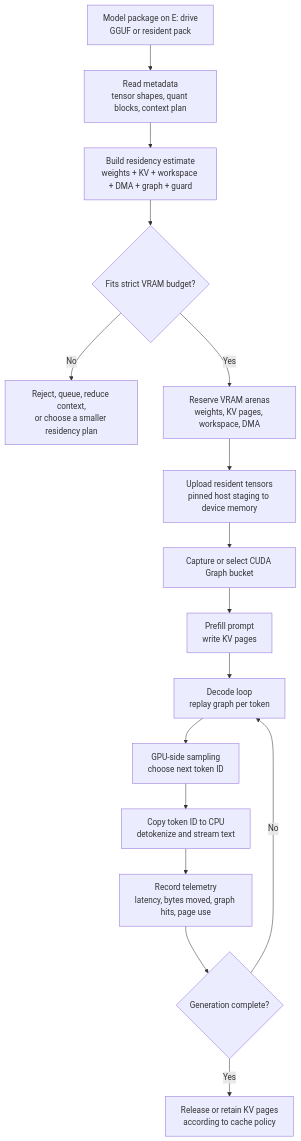
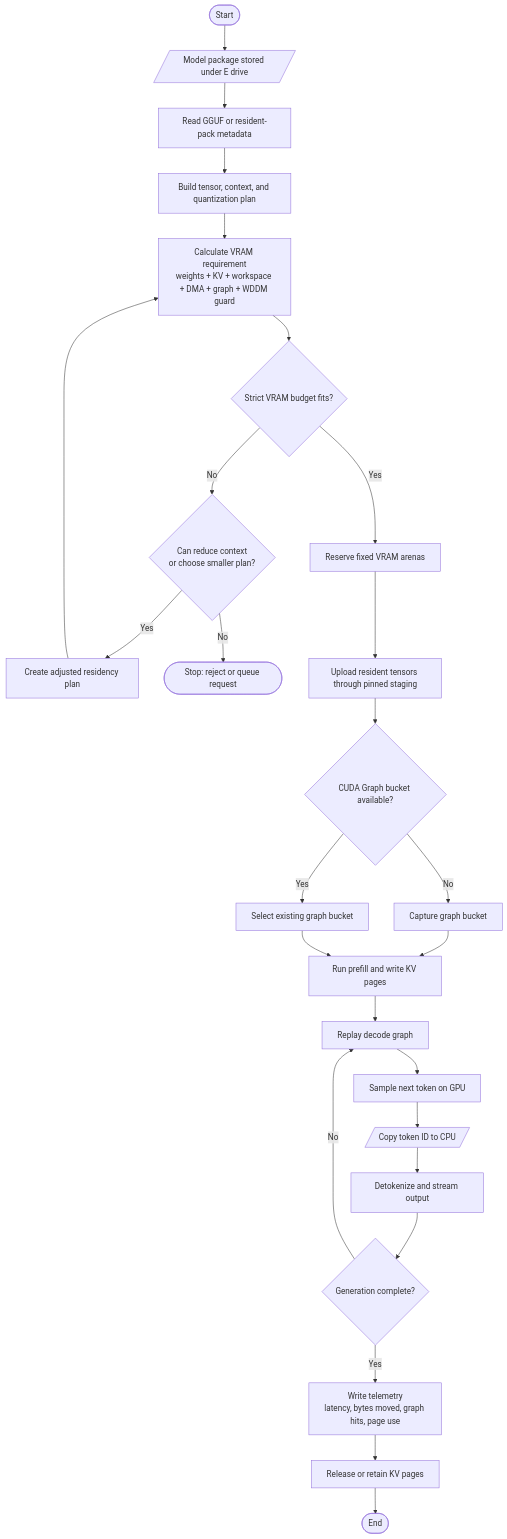
The diagram in README.md (MKKSANDI/local-ai-gpu-acceleration), drawn with Mermaid before and after one commit. The commit also changed other lines of this file, not shown here.

Commit message:
Move README flowchart to top

````diff
--- a/README.md
+++ b/README.md
@@ -153,18 +7,38 @@
 ```mermaid
 flowchart TD
-    A["Model package on E: drive<br/>GGUF or resident pack"] --> B["Read metadata<br/>tensor shapes, quant blocks, context plan"]
-    B --> C["Build residency estimate<br/>weights + KV + workspace + DMA + graph + guard"]
-    C --> D{"Fits strict VRAM budget?"}
-    D -- "No" --> E["Reject, queue, reduce context,<br/>or choose a smaller residency plan"]
-    D -- "Yes" --> F["Reserve VRAM arenas<br/>weights, KV pages, workspace, DMA"]
-    F --> G["Upload resident tensors<br/>pinned host staging to device memory"]
-    G --> H["Capture or select CUDA Graph bucket"]
-    H --> I["Prefill prompt<br/>write KV pages"]
-    I --> J["Decode loop<br/>replay graph per token"]
-    J --> K["GPU-side sampling<br/>choose next token ID"]
-    K --> L["Copy token ID to CPU<br/>detokenize and stream text"]
-    L --> M["Record telemetry<br/>latency, bytes moved, graph hits, page use"]
-    M --> N{"Generation complete?"}
-    N -- "No" --> J
-    N -- "Yes" --> O["Release or retain KV pages<br/>according to cache policy"]
+    Start([Start])
+    Model[/"Model package stored under E drive"/]
+    Metadata["Read GGUF or resident-pack metadata"]
+    Plan["Build tensor, context, and quantization plan"]
+    Estimate["Calculate VRAM requirement<br/>weights + KV + workspace + DMA + graph + WDDM guard"]
+    Fit{"Strict VRAM budget fits?"}
+    Alternative{"Can reduce context<br/>or choose smaller plan?"}
+    Replan["Create adjusted residency plan"]
+    Reject([Stop: reject or queue request])
+    Reserve["Reserve fixed VRAM arenas"]
+    Upload["Upload resident tensors through pinned staging"]
+    Bucket{"CUDA Graph bucket available?"}
+    Capture["Capture graph bucket"]
+    Select["Select existing graph bucket"]
+    Prefill["Run prefill and write KV pages"]
+    Decode["Replay decode graph"]
+    Sample["Sample next token on GPU"]
+    Copy[/"Copy token ID to CPU"/]
+    Stream["Detokenize and stream output"]
+    Done{"Generation complete?"}
+    Telemetry["Write telemetry<br/>latency, bytes moved, graph hits, page use"]
+    Cleanup["Release or retain KV pages"]
+    End([End])
+
+    Start --> Model --> Metadata --> Plan --> Estimate --> Fit
+    Fit -- "Yes" --> Reserve
+    Fit -- "No" --> Alternative
+    Alternative -- "Yes" --> Replan --> Estimate
+    Alternative -- "No" --> Reject
+    Reserve --> Upload --> Bucket
+    Bucket -- "No" --> Capture --> Prefill
+    Bucket -- "Yes" --> Select --> Prefill
+    Prefill --> Decode --> Sample --> Copy --> Stream --> Done
+    Done -- "No" --> Decode
+    Done -- "Yes" --> Telemetry --> Cleanup --> End
 ```
````
